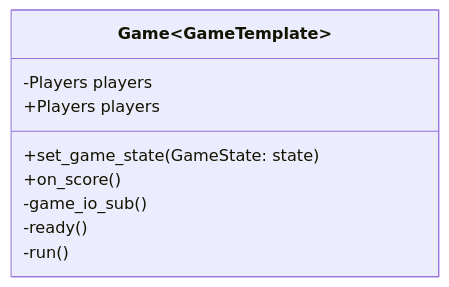
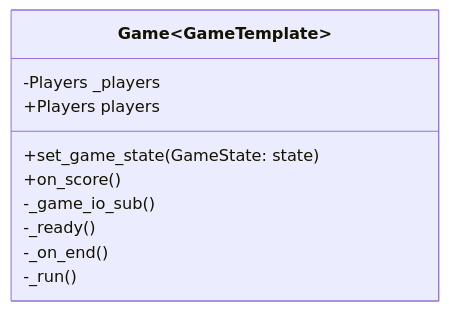
One commit to 4D-Game/sdk changed the diagram in docs/gamecontrol-sdk/index.md. Above: the diagram before and after it, drawn with Mermaid. The commit also changed 1 other file, not shown here.

Commit message:
FIX class diagrams

````diff
--- a/docs/gamecontrol-sdk/index.md
+++ b/docs/gamecontrol-sdk/index.md
@@ -9,12 +9,13 @@
 ```mermaid
 classDiagram
   class Game~GameTemplate~{
-    -Players players
+    -Players _players
     +Players players
     +set_game_state(GameState: state)
     +on_score()
-    -game_io_sub()
-    -ready()
-    -run()
+    -_game_io_sub()
+    -_ready()
+    -_on_end()
+    -_run()
   }
 ```
````
